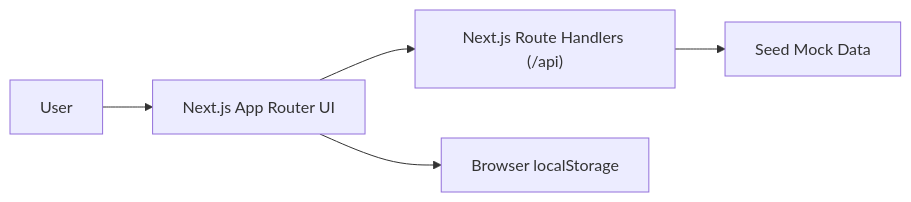
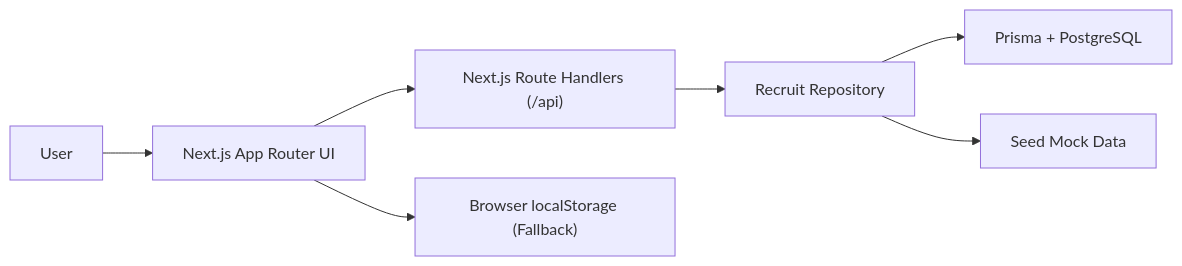
One commit to tail1887/campus-link-workshop changed the first of 3 diagrams in docs/02-architecture.md. Above: the diagram before and after it, drawn with Mermaid. The commit also changed other lines of this file and 23 other files, not shown here.

````diff
--- a/docs/02-architecture.md
+++ b/docs/02-architecture.md
@@ -15,7 +16,9 @@
 ```mermaid
 flowchart LR
     U["User"] --> FE["Next.js App Router UI"]
     FE --> API["Next.js Route Handlers (/api)"]
-    FE --> LS["Browser localStorage"]
-    API --> SEED["Seed Mock Data"]
+    FE --> LS["Browser localStorage (Fallback)"]
+    API --> REPO["Recruit Repository"]
+    REPO --> DB["Prisma + PostgreSQL"]
+    REPO --> SEED["Seed Mock Data"]
 ```
````
